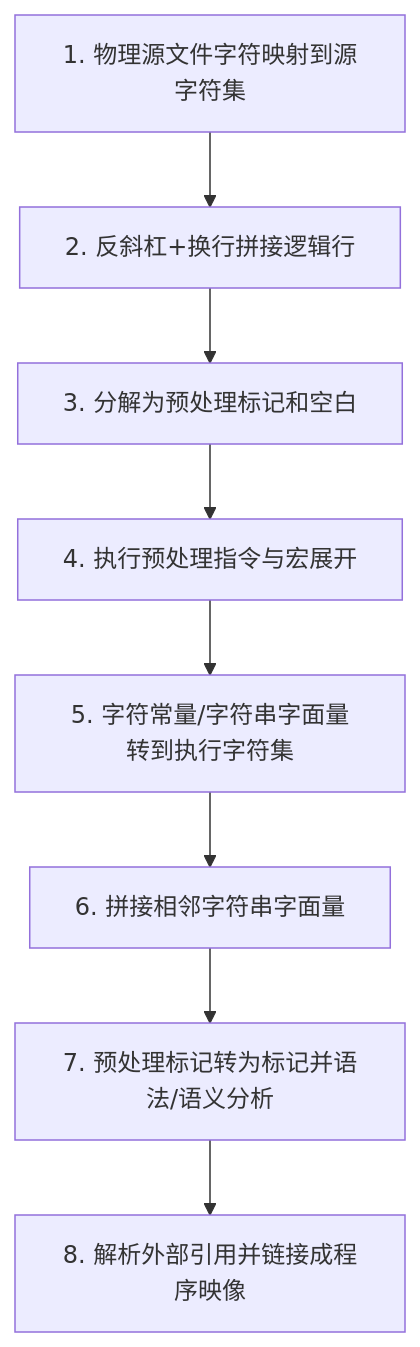
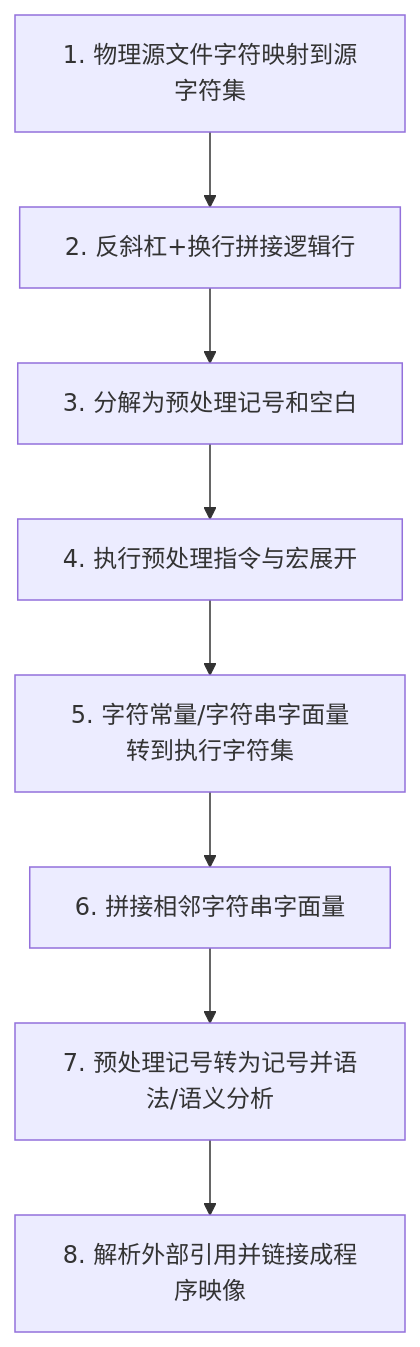
The diagram in docs/教程/标准文档翻译/5_环境/5_1_1_翻译环境.md (Mdr-C-Tutorial/C), drawn with Mermaid before and after one commit. The commit also changed other lines of this file and 140 other files, not shown here.

````diff
--- a/docs/教程/标准文档翻译/5_环境/5_1_1_翻译环境.md
+++ b/docs/教程/标准文档翻译/5_环境/5_1_1_翻译环境.md
@@ -32,12 +31,12 @@
 ```mermaid
 flowchart TD
     P1["1. 物理源文件字符映射到源字符集"]
     P2["2. 反斜杠+换行拼接逻辑行"]
-    P3["3. 分解为预处理标记和空白"]
+    P3["3. 分解为预处理记号和空白"]
     P4["4. 执行预处理指令与宏展开"]
     P5["5. 字符常量/字符串字面量转到执行字符集"]
     P6["6. 拼接相邻字符串字面量"]
-    P7["7. 预处理标记转为标记并语法/语义分析"]
+    P7["7. 预处理记号转为记号并语法/语义分析"]
     P8["8. 解析外部引用并链接成程序映像"]
     P1 --> P2 --> P3 --> P4 --> P5 --> P6 --> P7 --> P8
 ```
````
